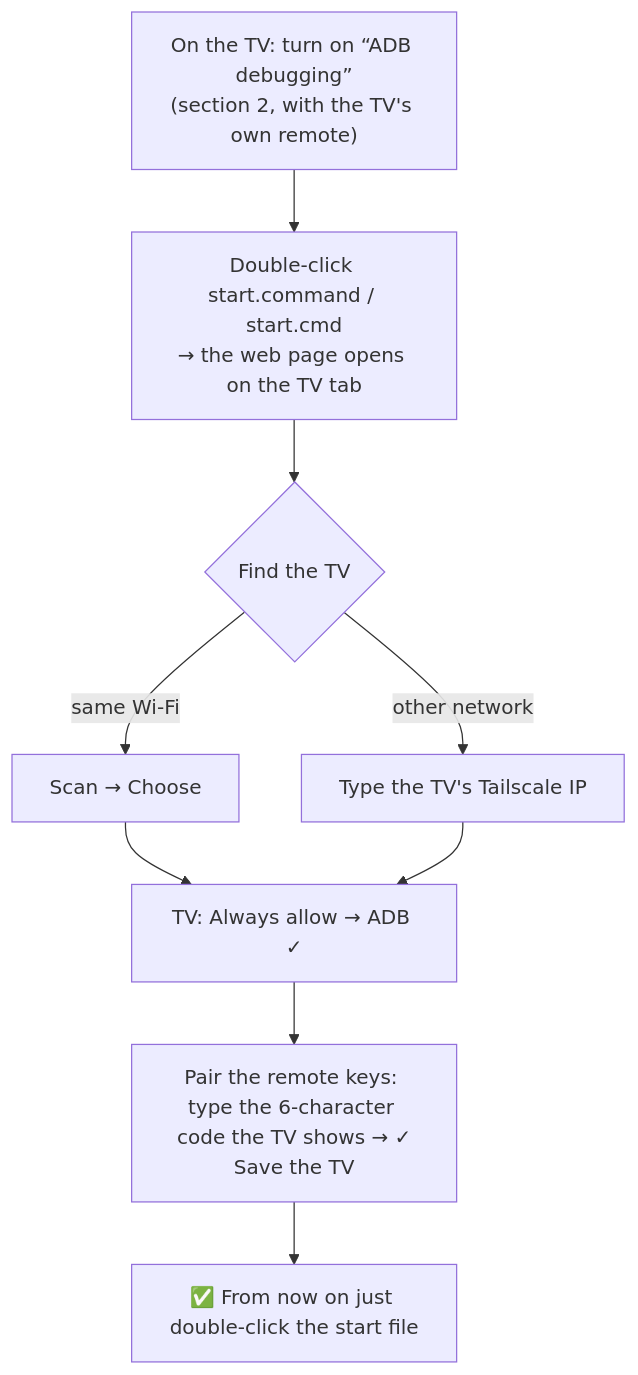
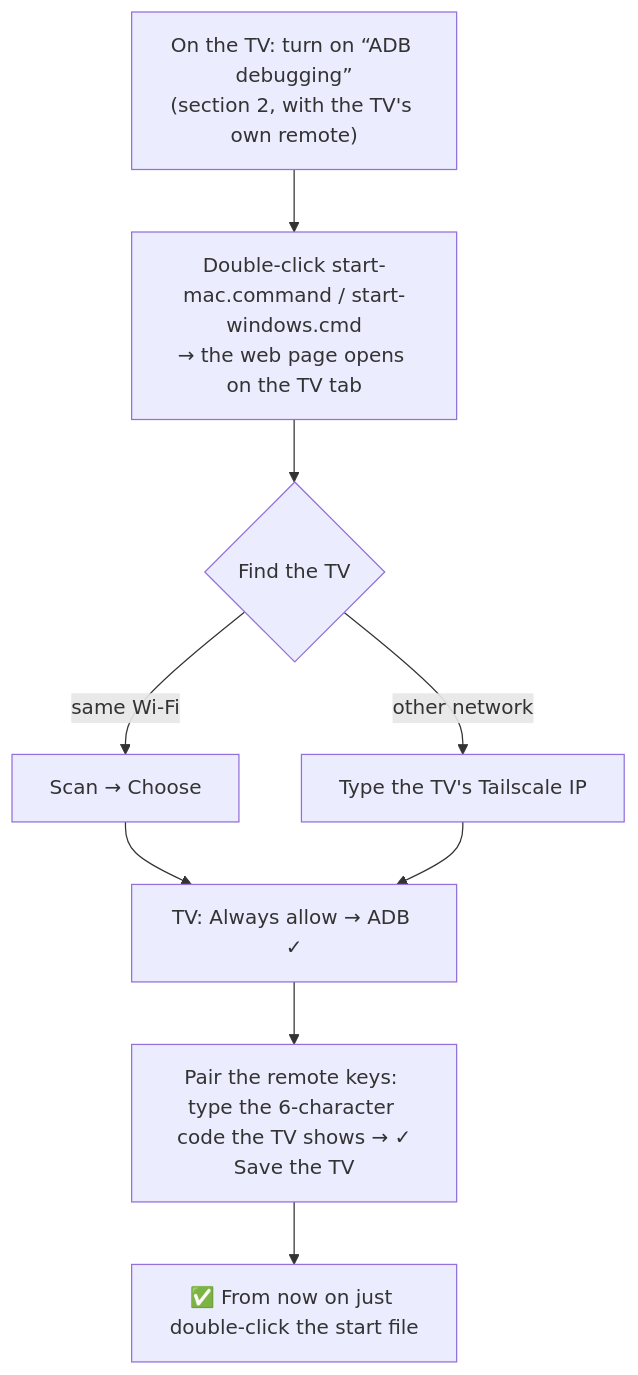
The third of 4 diagrams in README.en.md (9000000/tv-remote), drawn with Mermaid before and after one commit. The commit also changed other lines of this file and 203 other files, not shown here.

First line of the commit message:
2.1.0: folders by app (app/web, app/android, app/tv, app/shared, dev); each app has its own version

````diff
--- a/README.en.md
+++ b/README.en.md
@@ -50,11 +58,11 @@
 ```mermaid
 flowchart TD
-    A0["On the TV: turn on “ADB debugging”<br/>(section 2, with the TV's own remote)"] --> A1["Double-click start.command / start.cmd<br/>→ the web page opens on the TV tab"]
+    A0["On the TV: turn on “ADB debugging”<br/>(section 2, with the TV's own remote)"] --> A1["Double-click start-mac.command / start-windows.cmd<br/>→ the web page opens on the TV tab"]
     A1 --> A2{"Find the TV"}
     A2 -- "same Wi-Fi" --> A3["Scan → Choose"]
     A2 -- "other network" --> A4["Type the TV's Tailscale IP"]
     A3 --> A5["TV: Always allow → ADB ✓"]
     A4 --> A5
     A5 --> A6["Pair the remote keys: type the 6-character code the TV shows → ✓<br/>Save the TV"]
     A6 --> A7["✅ From now on just double-click the start file"]
 ```
````
